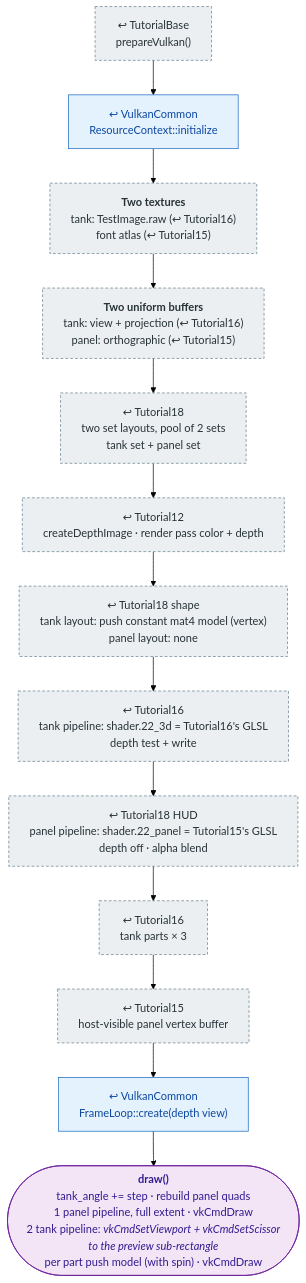
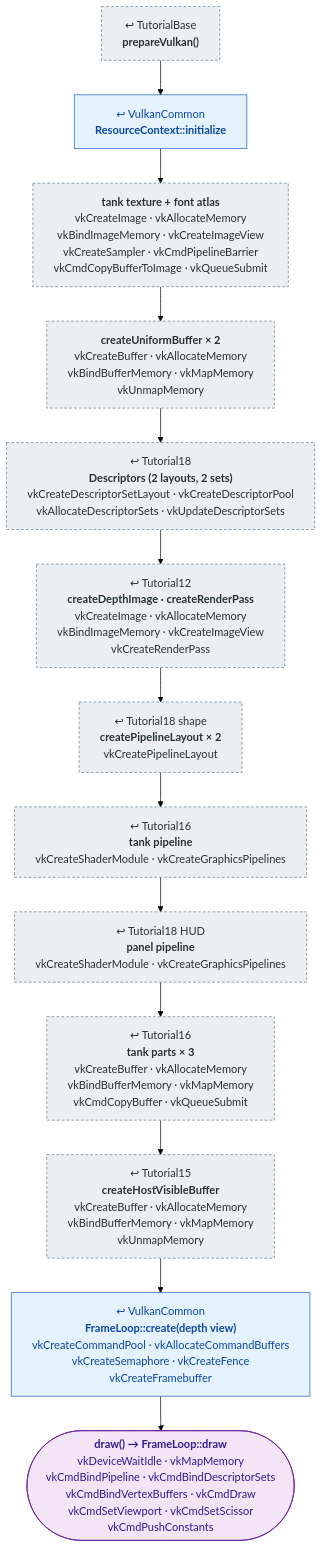
One commit to mehoggan/vulkan_graphix changed the diagram in docs/pipeline/22_menu_tank_preview.md. Above: the diagram before and after it, drawn with Mermaid (forest theme). The commit also changed other lines of this file and 24 other files, not shown here.

First line of the commit message:
docs: label pipeline boxes with the Vulkan calls each step makes

````diff
--- a/docs/pipeline/22_menu_tank_preview.md
+++ b/docs/pipeline/22_menu_tank_preview.md
@@ -11,25 +11,25 @@
 ```mermaid
 %%{init: {"flowchart": {"wrappingWidth": 400}}}%%
 flowchart TD
     classDef reused fill:#eceff1,stroke:#607d8b,stroke-dasharray:4 3,color:#263238
     classDef changed fill:#fff3e0,stroke:#ef6c00,color:#3e2723
     classDef new fill:#e8f5e9,stroke:#2e7d32,color:#1b5e20
     classDef shared fill:#e3f2fd,stroke:#1565c0,color:#0d47a1
     classDef frame fill:#f3e5f5,stroke:#6a1b9a,color:#311b92
 
-    BASE["↩ TutorialBase<br/>prepareVulkan()"]:::reused
-    RC["↩ VulkanCommon<br/>ResourceContext::initialize"]:::shared
-    TEX["<b>Two textures</b><br/>tank: TestImage.raw (↩ Tutorial16)<br/>font atlas (↩ Tutorial15)"]:::reused
-    UBO["<b>Two uniform buffers</b><br/>tank: view + projection (↩ Tutorial16)<br/>panel: orthographic (↩ Tutorial15)"]:::reused
-    DESC["↩ Tutorial18<br/>two set layouts, pool of 2 sets<br/>tank set + panel set"]:::reused
-    DEPTH["↩ Tutorial12<br/>createDepthImage · render pass color + depth"]:::reused
-    PLL["↩ Tutorial18 shape<br/>tank layout: push constant mat4 model (vertex)<br/>panel layout: none"]:::reused
-    PTANK["↩ Tutorial16<br/>tank pipeline: shader.22_3d = Tutorial16's GLSL<br/>depth test + write"]:::reused
-    PPANEL["↩ Tutorial18 HUD<br/>panel pipeline: shader.22_panel = Tutorial15's GLSL<br/>depth off · alpha blend"]:::reused
-    PARTS["↩ Tutorial16<br/>tank parts × 3"]:::reused
-    PVB["↩ Tutorial15<br/>host-visible panel vertex buffer"]:::reused
-    FL["↩ VulkanCommon<br/>FrameLoop::create(depth view)"]:::shared
-    DRAW(["<b>draw()</b><br/>tank_angle += step · rebuild panel quads<br/>1 panel pipeline, full extent · vkCmdDraw<br/>2 tank pipeline: <i>vkCmdSetViewport + vkCmdSetScissor<br/>to the preview sub-rectangle</i><br/>per part push model (with spin) · vkCmdDraw"]):::frame
+    BASE["↩ TutorialBase<br/><b>prepareVulkan()</b>"]:::reused
+    RC["↩ VulkanCommon<br/><b>ResourceContext::initialize</b>"]:::shared
+    TEX["<b>tank texture + font atlas</b><br/>vkCreateImage  ·  vkAllocateMemory<br/>vkBindImageMemory  ·  vkCreateImageView<br/>vkCreateSampler  ·  vkCmdPipelineBarrier<br/>vkCmdCopyBufferToImage  ·  vkQueueSubmit"]:::reused
+    UBO["<b>createUniformBuffer × 2</b><br/>vkCreateBuffer  ·  vkAllocateMemory<br/>vkBindBufferMemory  ·  vkMapMemory<br/>vkUnmapMemory"]:::reused
+    DESC["↩ Tutorial18<br/><b>Descriptors (2 layouts, 2 sets)</b><br/>vkCreateDescriptorSetLayout  ·  vkCreateDescriptorPool<br/>vkAllocateDescriptorSets  ·  vkUpdateDescriptorSets"]:::reused
+    DEPTH["↩ Tutorial12<br/><b>createDepthImage · createRenderPass</b><br/>vkCreateImage  ·  vkAllocateMemory<br/>vkBindImageMemory  ·  vkCreateImageView<br/>vkCreateRenderPass"]:::reused
+    PLL["↩ Tutorial18 shape<br/><b>createPipelineLayout × 2</b><br/>vkCreatePipelineLayout"]:::reused
+    PTANK["↩ Tutorial16<br/><b>tank pipeline</b><br/>vkCreateShaderModule  ·  vkCreateGraphicsPipelines"]:::reused
+    PPANEL["↩ Tutorial18 HUD<br/><b>panel pipeline</b><br/>vkCreateShaderModule  ·  vkCreateGraphicsPipelines"]:::reused
+    PARTS["↩ Tutorial16<br/><b>tank parts × 3</b><br/>vkCreateBuffer  ·  vkAllocateMemory<br/>vkBindBufferMemory  ·  vkMapMemory<br/>vkCmdCopyBuffer  ·  vkQueueSubmit"]:::reused
+    PVB["↩ Tutorial15<br/><b>createHostVisibleBuffer</b><br/>vkCreateBuffer  ·  vkAllocateMemory<br/>vkBindBufferMemory  ·  vkMapMemory<br/>vkUnmapMemory"]:::reused
+    FL["↩ VulkanCommon<br/><b>FrameLoop::create(depth view)</b><br/>vkCreateCommandPool  ·  vkAllocateCommandBuffers<br/>vkCreateSemaphore  ·  vkCreateFence<br/>vkCreateFramebuffer"]:::shared
+    DRAW(["<b>draw() → FrameLoop::draw</b><br/>vkDeviceWaitIdle  ·  vkMapMemory<br/>vkCmdBindPipeline  ·  vkCmdBindDescriptorSets<br/>vkCmdBindVertexBuffers  ·  vkCmdDraw<br/>vkCmdSetViewport  ·  vkCmdSetScissor<br/>vkCmdPushConstants"]):::frame
 
     BASE --> RC --> TEX --> UBO --> DESC --> DEPTH --> PLL --> PTANK --> PPANEL --> PARTS --> PVB --> FL --> DRAW
 ```
````
